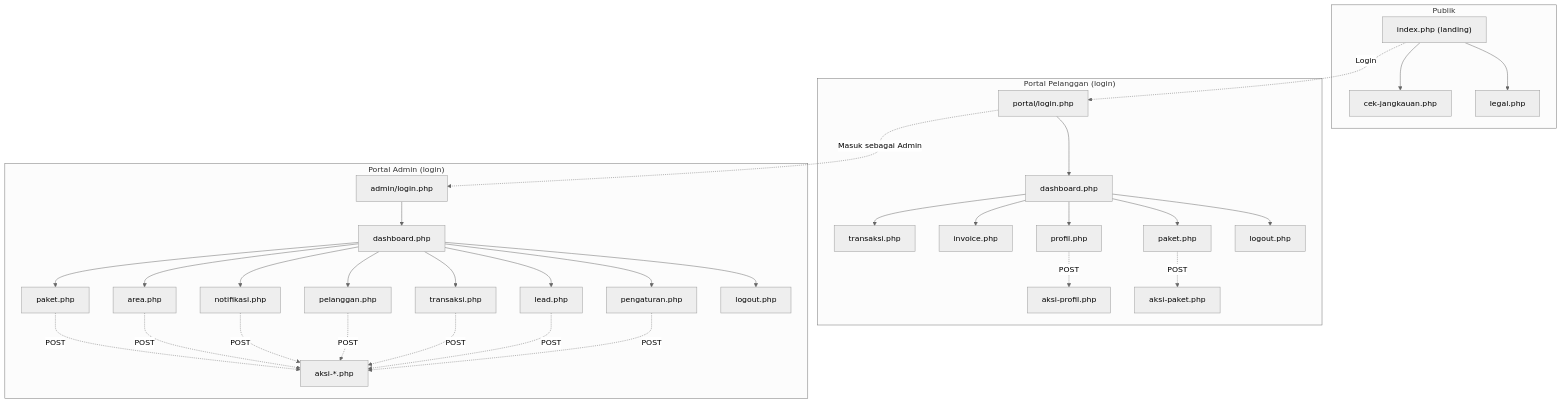
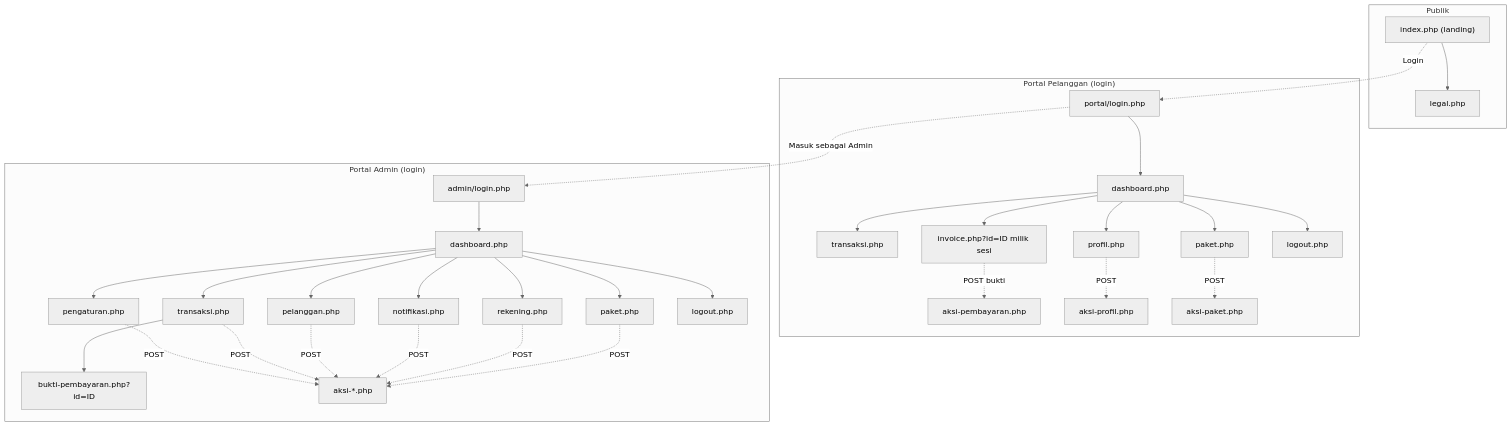
One commit to mramdann/rknet changed the seventh of 7 diagrams in docs/DOKUMENTASI.md. Above: the diagram before and after it, drawn with Mermaid (neutral theme). The commit also changed other lines of this file and 60 other files, not shown here.

Commit message:
feat: finalize RKnet portal and payment flow

````diff
--- a/docs/DOKUMENTASI.md
+++ b/docs/DOKUMENTASI.md
@@ -322,23 +349,24 @@
 ```mermaid
 flowchart TD
     subgraph Publik
-      IDX["index.php (landing)"] --> CEK["cek-jangkauan.php"]
-      IDX --> LEG["legal.php"]
+      IDX["index.php (landing)"] --> LEG["legal.php"]
     end
     subgraph Portal["Portal Pelanggan (login)"]
       PL["portal/login.php"] --> PD["dashboard.php"]
-      PD --> PT["transaksi.php"] & PI["invoice.php"] & PP["paket.php"] & PR["profil.php"]
+      PD --> PT["transaksi.php"] & PI["invoice.php?id=ID milik sesi"] & PP["paket.php"] & PR["profil.php"]
+      PI -. "POST bukti" .-> XPB["aksi-pembayaran.php"]
       PR -. POST .-> XPR["aksi-profil.php"]
       PP -. POST .-> XPP["aksi-paket.php"]
       PD --> PLO["logout.php"]
     end
     subgraph Admin["Portal Admin (login)"]
       AL["admin/login.php"] --> AD["dashboard.php"]
       AD --> APEL["pelanggan.php"] & APAK["paket.php"] & ATR["transaksi.php"]
-      AD --> ALE["lead.php"] & AAR["area.php"] & ANO["notifikasi.php"] & APE["pengaturan.php"]
-      APAK & AAR & ANO & APEL & ATR & ALE & APE -. POST .-> AX["aksi-*.php"]
+      AD --> ARK["rekening.php"] & ANO["notifikasi.php"] & APE["pengaturan.php"]
+      ATR --> ABP["bukti-pembayaran.php?id=ID"]
+      APAK & ARK & ANO & APEL & ATR & APE -. POST .-> AX["aksi-*.php"]
       AD --> ALO["logout.php"]
     end
     IDX -. "Login" .-> PL
     PL -. "Masuk sebagai Admin" .-> AL
 ```
````
